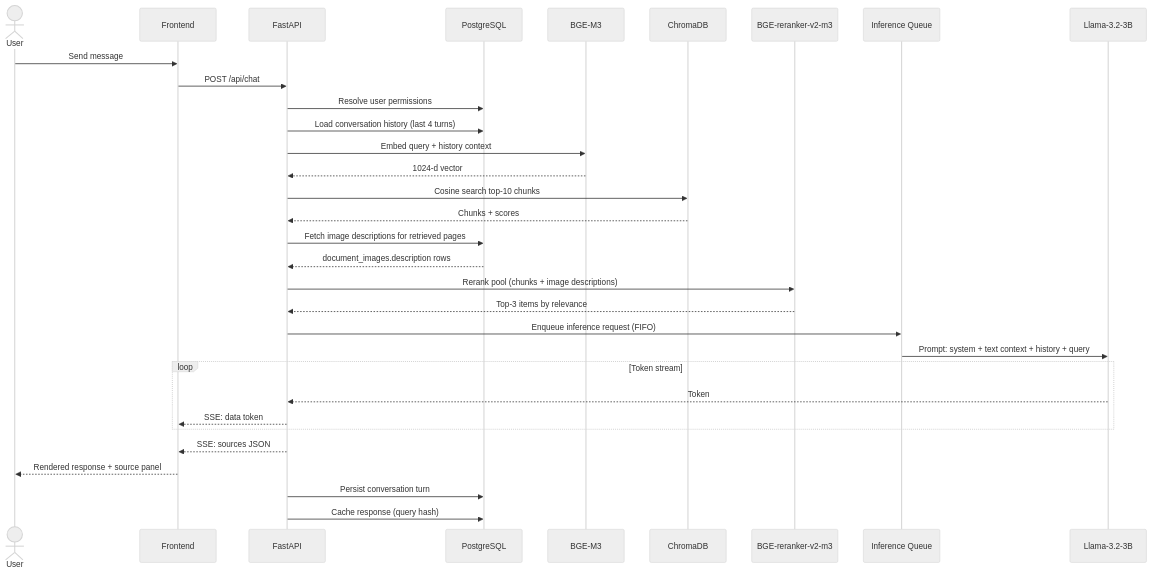
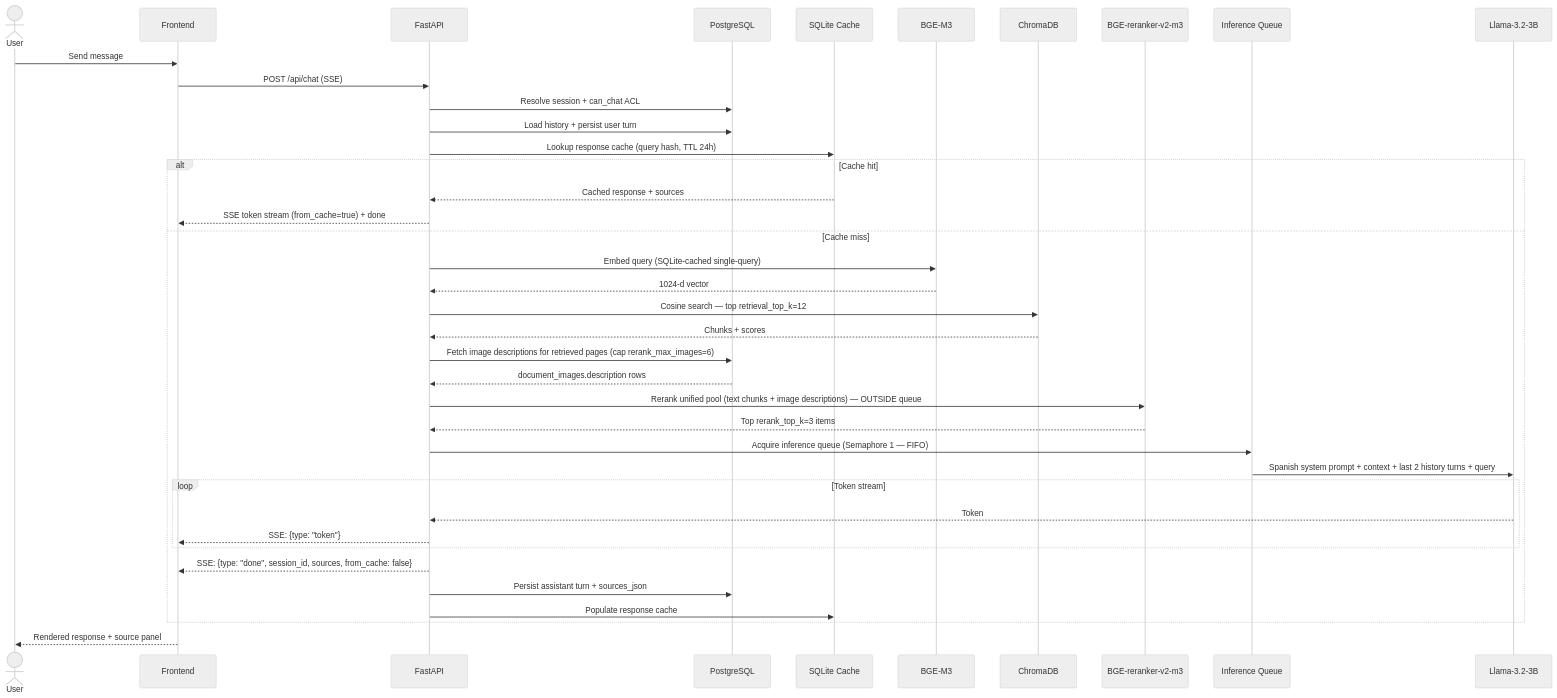
One commit to ChristianMendozaa/BMSC_RAG_System changed the third of 4 diagrams in README.md. Above: the diagram before and after it, drawn with Mermaid (neutral theme). The commit also changed other lines of this file and 30 other files, not shown here.

````diff
--- a/README.md
+++ b/README.md
@@ -111,35 +148,42 @@
 ```mermaid
 sequenceDiagram
     actor User
     participant FE as Frontend
     participant API as FastAPI
     participant PG as PostgreSQL
+    participant CACHE as SQLite Cache
     participant EMB as BGE-M3
     participant VDB as ChromaDB
     participant RR as BGE-reranker-v2-m3
     participant Q as Inference Queue
     participant LLM as Llama-3.2-3B
 
     User->>FE: Send message
-    FE->>API: POST /api/chat
-    API->>PG: Resolve user permissions
-    API->>PG: Load conversation history (last 4 turns)
-    API->>EMB: Embed query + history context
-    EMB-->>API: 1024-d vector
-    API->>VDB: Cosine search top-10 chunks
-    VDB-->>API: Chunks + scores
-    API->>PG: Fetch image descriptions for retrieved pages
-    PG-->>API: document_images.description rows
-    API->>RR: Rerank pool (chunks + image descriptions)
-    RR-->>API: Top-3 items by relevance
-    API->>Q: Enqueue inference request (FIFO)
-    Q->>LLM: Prompt: system + text context + history + query
-    loop Token stream
-        LLM-->>API: Token
-        API-->>FE: SSE: data token
+    FE->>API: POST /api/chat (SSE)
+    API->>PG: Resolve session + can_chat ACL
+    API->>PG: Load history + persist user turn
+    API->>CACHE: Lookup response cache (query hash, TTL 24h)
+    alt Cache hit
+        CACHE-->>API: Cached response + sources
+        API-->>FE: SSE token stream (from_cache=true) + done
+    else Cache miss
+        API->>EMB: Embed query (SQLite-cached single-query)
+        EMB-->>API: 1024-d vector
+        API->>VDB: Cosine search — top retrieval_top_k=12
+        VDB-->>API: Chunks + scores
+        API->>PG: Fetch image descriptions for retrieved pages (cap rerank_max_images=6)
+        PG-->>API: document_images.description rows
+        API->>RR: Rerank unified pool (text chunks + image descriptions) — OUTSIDE queue
+        RR-->>API: Top rerank_top_k=3 items
+        API->>Q: Acquire inference queue (Semaphore 1 — FIFO)
+        Q->>LLM: Spanish system prompt + context + last 2 history turns + query
+        loop Token stream
+            LLM-->>API: Token
+            API-->>FE: SSE: {type: "token"}
+        end
+        API-->>FE: SSE: {type: "done", session_id, sources, from_cache: false}
+        API->>PG: Persist assistant turn + sources_json
+        API->>CACHE: Populate response cache
     end
-    API-->>FE: SSE: sources JSON
     FE-->>User: Rendered response + source panel
-    API->>PG: Persist conversation turn
-    API->>PG: Cache response (query hash)
 ```
````
